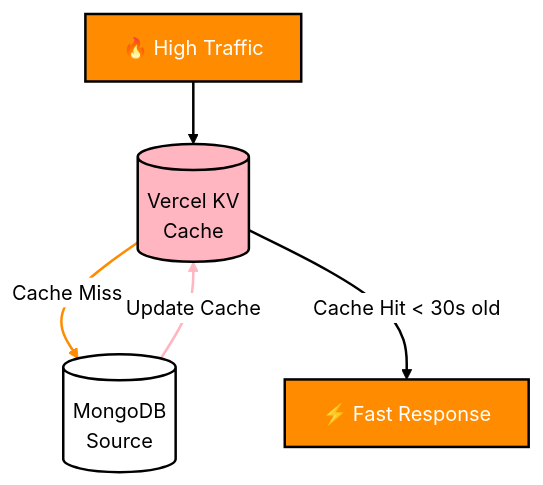
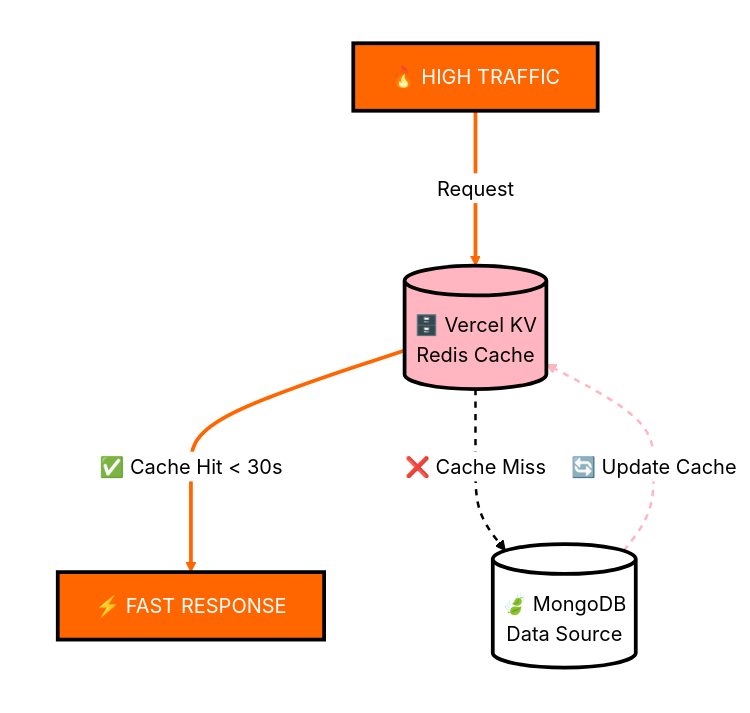
The second of 2 diagrams in README.md (SujalAgrawal08/SahayakX), drawn with Mermaid (neutral theme) before and after one commit.

````diff
--- a/README.md
+++ b/README.md
@@ -223,17 +223,38 @@
 ```mermaid
 flowchart TD
-    A[🔥 High Traffic] --> B[(Vercel KV<br/>Cache)]
-    B -->|Cache Miss| C[(MongoDB<br/>Source)]
-    C -->|Update Cache| B
-    B -->|Cache Hit < 30s old| D[⚡ Fast Response]
+    subgraph INPUT[" "]
+        A[🔥 HIGH TRAFFIC]
+    end
+    
+    subgraph CACHE[" "]
+        B[(🗄️ Vercel KV<br/>Redis Cache)]
+    end
+    
+    subgraph DATABASE[" "]
+        C[(🍃 MongoDB<br/>Data Source)]
+    end
+    
+    subgraph OUTPUT[" "]
+        D[⚡ FAST RESPONSE]
+    end
 
-    style A fill:#FF8C00,stroke:#000000,color:#FFFFFF,stroke-width:2px
-    style B fill:#FFB6C1,stroke:#000000,color:#000000,stroke-width:2px
-    style C fill:#FFFFFF,stroke:#000000,color:#000000,stroke-width:2px
-    style D fill:#FF8C00,stroke:#000000,color:#FFFFFF,stroke-width:2px
+    A ==>|"Request"| B
+    B -.->|"❌ Cache Miss"| C
+    C -.->|"🔄 Update Cache"| B
+    B ==>|"✅ Cache Hit < 30s"| D
 
-    linkStyle 0 stroke:#000000,stroke-width:2px
-    linkStyle 1 stroke:#FF8C00,stroke-width:2px
-    linkStyle 2 stroke:#FFB6C1,stroke-width:2px
-    linkStyle 3 stroke:#000000,stroke-width:2px
+    style A fill:#FF6600,stroke:#000000,color:#FFFFFF,stroke-width:3px
+    style B fill:#FFB6C1,stroke:#000000,color:#000000,stroke-width:3px
+    style C fill:#FFFFFF,stroke:#000000,color:#000000,stroke-width:3px
+    style D fill:#FF6600,stroke:#000000,color:#FFFFFF,stroke-width:3px
+    
+    style INPUT fill:none,stroke:none
+    style CACHE fill:none,stroke:none
+    style DATABASE fill:none,stroke:none
+    style OUTPUT fill:none,stroke:none
+
+    linkStyle 0 stroke:#FF6600,stroke-width:3px
+    linkStyle 1 stroke:#000000,stroke-width:2px,stroke-dasharray:5
+    linkStyle 2 stroke:#FFB6C1,stroke-width:2px,stroke-dasharray:5
+    linkStyle 3 stroke:#FF6600,stroke-width:3px
 ```
````
